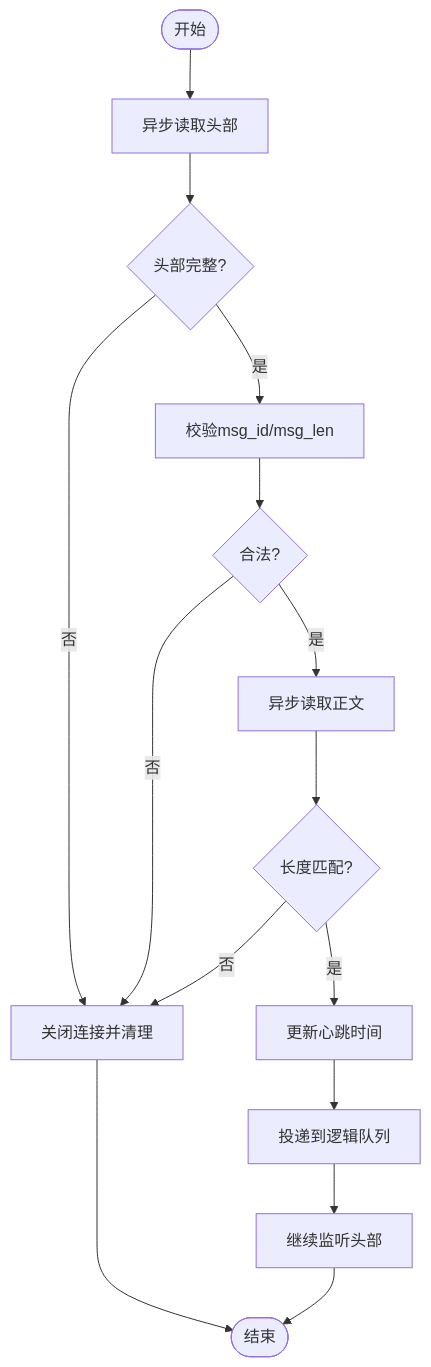
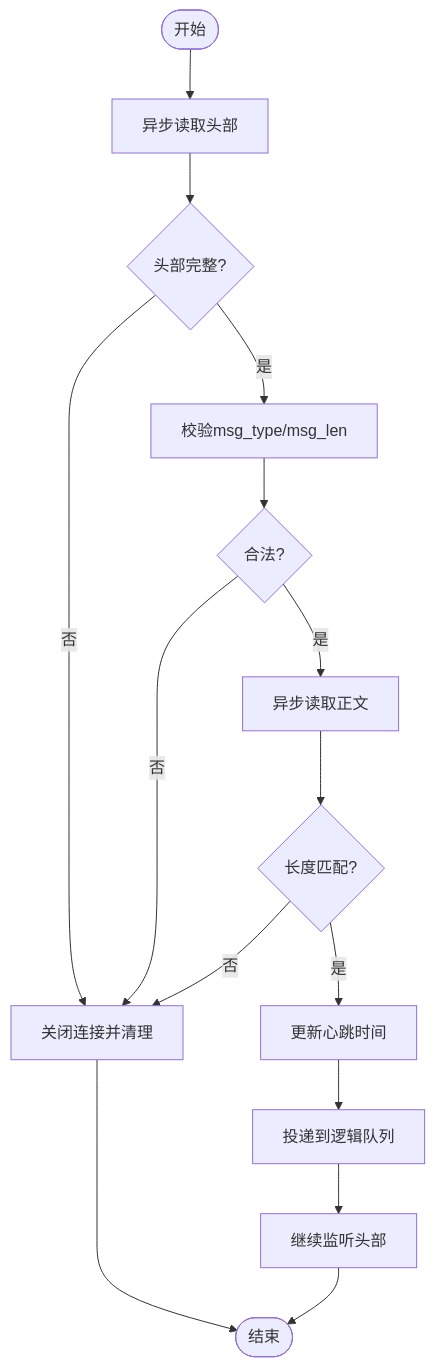
One commit to echo9923/mychatter changed the third of 6 diagrams in .qoder/repowiki/zh/content/安全设计/网络安全防护/网络安全防护.md. Above: the diagram before and after it, drawn with Mermaid. The commit also changed other lines of this file and 128 other files, not shown here.

First line of the commit message:
refactor(protocol): TCP 帧头消息类型 msg_id 全局改名为 msg_type

````diff
--- a/.qoder/repowiki/zh/content/安全设计/网络安全防护/网络安全防护.md
+++ b/.qoder/repowiki/zh/content/安全设计/网络安全防护/网络安全防护.md
@@ -104,17 +104,17 @@
 ```mermaid
 flowchart TD
 Start(["开始"]) --> ReadHead["异步读取头部"]
 ReadHead --> HeadOK{"头部完整?"}
 HeadOK --> |否| CloseErr["关闭连接并清理"]
-HeadOK --> |是| Validate["校验msg_id/msg_len"]
+HeadOK --> |是| Validate["校验msg_type/msg_len"]
 Validate --> Valid{"合法?"}
 Valid --> |否| CloseErr
 Valid --> |是| ReadBody["异步读取正文"]
 ReadBody --> BodyOK{"长度匹配?"}
 BodyOK --> |否| CloseErr
 BodyOK --> |是| UpdateHB["更新心跳时间"]
 UpdateHB --> Dispatch["投递到逻辑队列"]
 Dispatch --> Next["继续监听头部"]
 CloseErr --> End(["结束"])
 Next --> End
 ```
````
